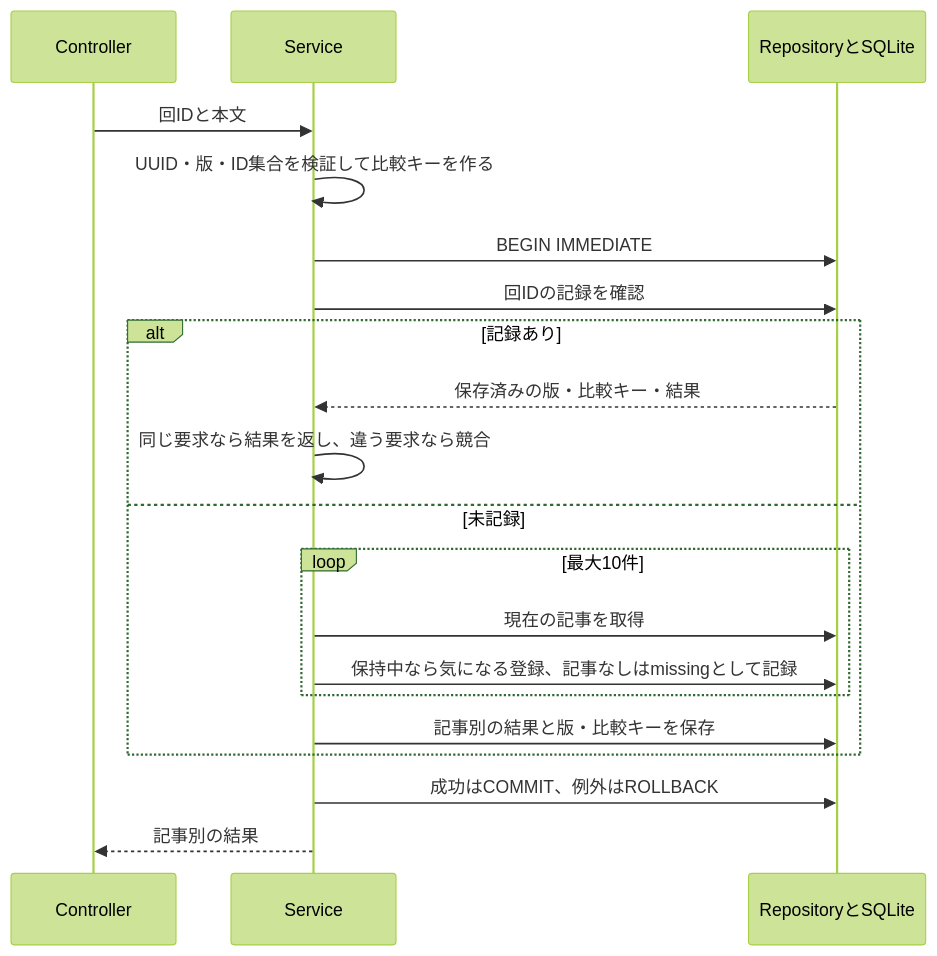
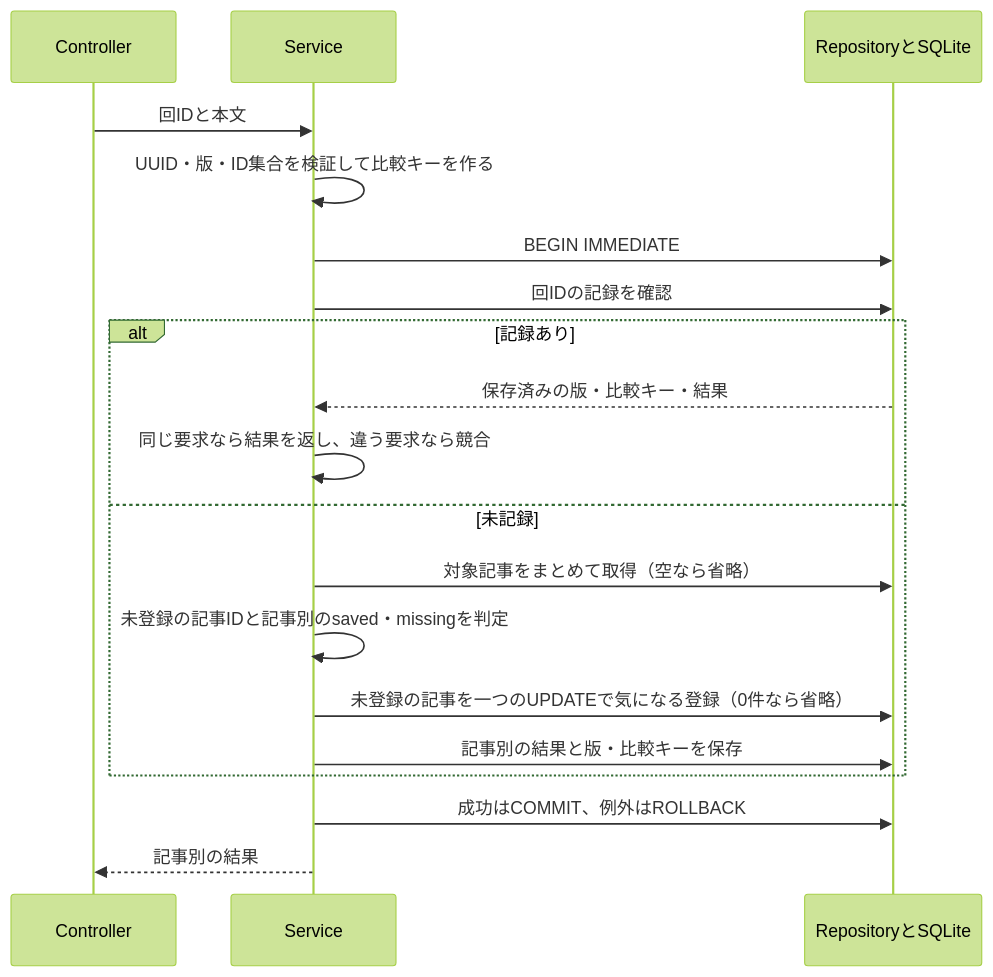
The second of 2 diagrams in docs/sorting-api.md (BeppuKanato/it-discovery), drawn with Mermaid (forest theme) before and after one commit. The commit also changed other lines of this file and 6 other files, not shown here.

````diff
--- a/docs/sorting-api.md
+++ b/docs/sorting-api.md
@@ -111,22 +111,21 @@
 ```mermaid
 sequenceDiagram
   participant C as Controller
   participant S as Service
   participant D as RepositoryとSQLite
   C->>S: 回IDと本文
   S->>S: UUID・版・ID集合を検証して比較キーを作る
   S->>D: BEGIN IMMEDIATE
   S->>D: 回IDの記録を確認
   alt 記録あり
     D-->>S: 保存済みの版・比較キー・結果
     S->>S: 同じ要求なら結果を返し、違う要求なら競合
   else 未記録
-    loop 最大10件
-      S->>D: 現在の記事を取得
-      S->>D: 保持中なら気になる登録、記事なしはmissingとして記録
-    end
+    S->>D: 対象記事をまとめて取得（空なら省略）
+    S->>S: 未登録の記事IDと記事別のsaved・missingを判定
+    S->>D: 未登録の記事を一つのUPDATEで気になる登録（0件なら省略）
     S->>D: 記事別の結果と版・比較キーを保存
   end
   S->>D: 成功はCOMMIT、例外はROLLBACK
   S-->>C: 記事別の結果
 ```
````
